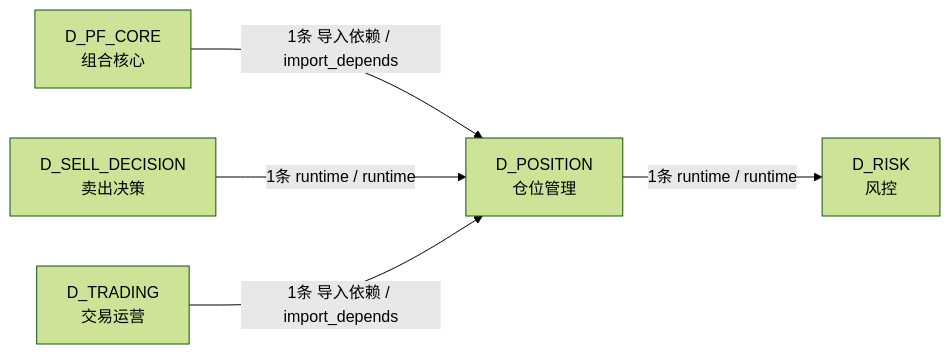
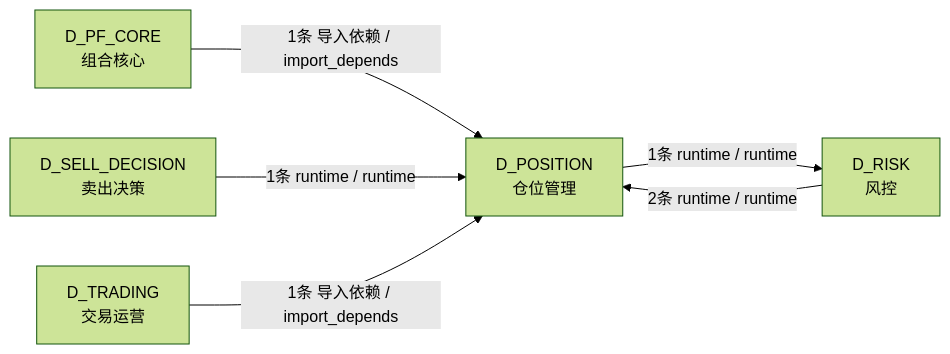
The third of 3 diagrams in docs/02_enterprise_architecture/02_domain_architecture_docs/64_d_position.md (xuanFelixVan/ZephyrAlpha), drawn with Mermaid (forest theme) before and after one commit. The commit also changed other lines of this file and 18 other files, not shown here.

````diff
--- a/docs/02_enterprise_architecture/02_domain_architecture_docs/64_d_position.md
+++ b/docs/02_enterprise_architecture/02_domain_architecture_docs/64_d_position.md
@@ -109,12 +109,13 @@
 ```mermaid
 graph LR
     D_POSITION["D_POSITION<br/>仓位管理"]
     D_RISK["D_RISK<br/>风控"]
     D_PF_CORE["D_PF_CORE<br/>组合核心"]
     D_SELL_DECISION["D_SELL_DECISION<br/>卖出决策"]
     D_TRADING["D_TRADING<br/>交易运营"]
     D_POSITION -->|1条 runtime / runtime| D_RISK
+    D_RISK -->|2条 runtime / runtime| D_POSITION
     D_PF_CORE -->|1条 导入依赖 / import_depends| D_POSITION
     D_SELL_DECISION -->|1条 runtime / runtime| D_POSITION
     D_TRADING -->|1条 导入依赖 / import_depends| D_POSITION
 ```
````
